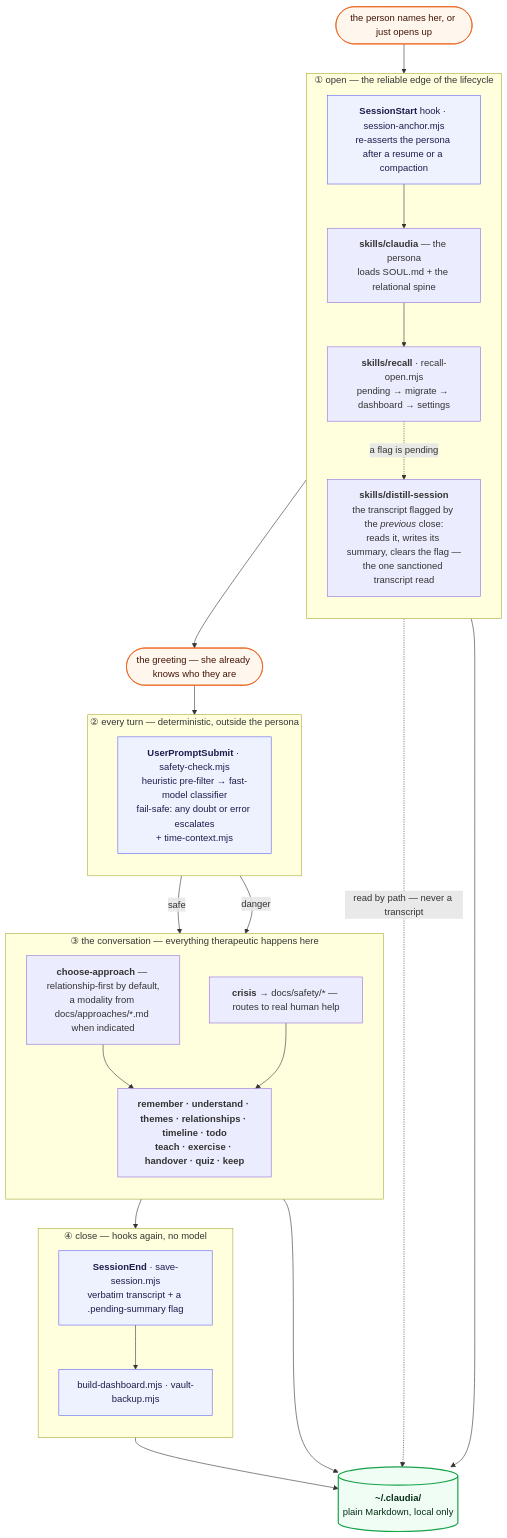
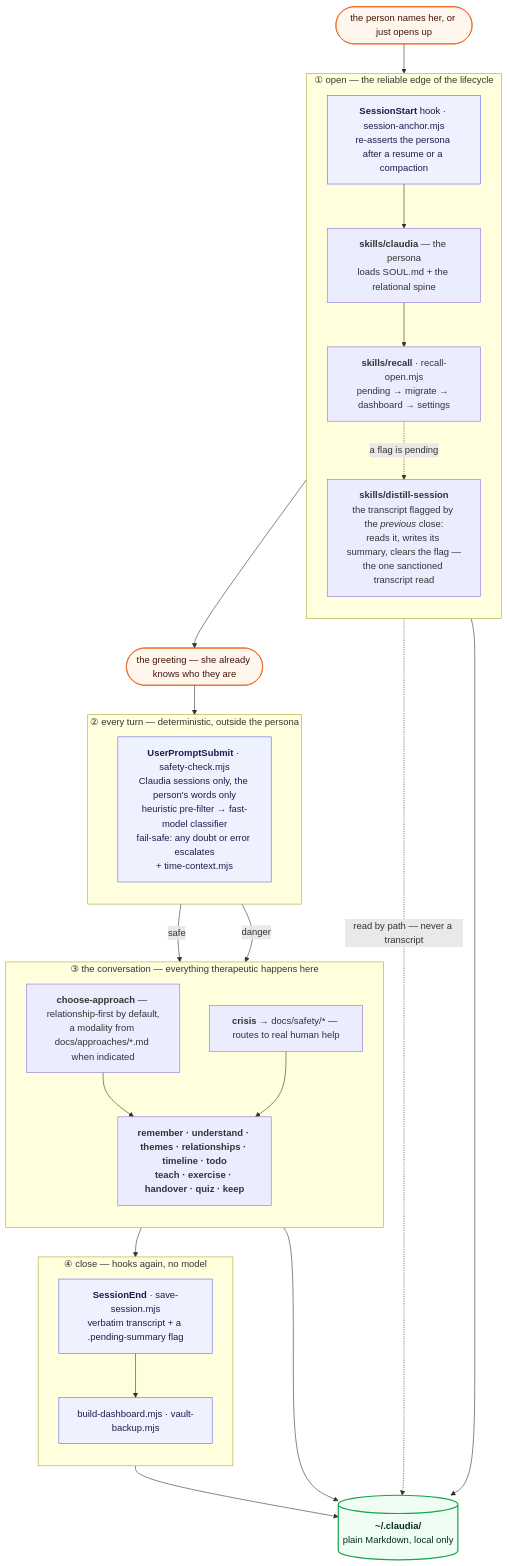
The first of 2 diagrams in docs/ARCHITECTURE.md (abernier/claudia), drawn with Mermaid before and after one commit. The commit also changed other lines of this file and 4 other files, not shown here.

````diff
--- a/docs/ARCHITECTURE.md
+++ b/docs/ARCHITECTURE.md
@@ -13,58 +13,58 @@
 ```mermaid
 flowchart TB
   P(["the person names her, or just opens up"])
 
   subgraph OPEN["① open — the reliable edge of the lifecycle"]
     direction TB
     A["<b>SessionStart</b> hook · session-anchor.mjs<br/>re-asserts the persona after a resume or a compaction"]
     S["<b>skills/claudia</b> — the persona<br/>loads SOUL.md + the relational spine"]
     R["<b>skills/recall</b> · recall-open.mjs<br/>pending → migrate → dashboard → settings"]
     D["<b>skills/distill-session</b><br/>the transcript flagged by the <i>previous</i> close:<br/>reads it, writes its summary, clears the flag —<br/>the one sanctioned transcript read"]
   end
 
   G(["the greeting — she already knows who they are"])
 
   subgraph TURN["② every turn — deterministic, outside the persona"]
     direction TB
-    H["<b>UserPromptSubmit</b> · safety-check.mjs<br/>heuristic pre-filter → fast-model classifier<br/>fail-safe: any doubt or error escalates<br/>+ time-context.mjs"]
+    H["<b>UserPromptSubmit</b> · safety-check.mjs<br/>Claudia sessions only, the person's words only<br/>heuristic pre-filter → fast-model classifier<br/>fail-safe: any doubt or error escalates<br/>+ time-context.mjs"]
   end
 
   subgraph TALK["③ the conversation — everything therapeutic happens here"]
     direction TB
     CA["<b>choose-approach</b> — relationship-first by default,<br/>a modality from docs/approaches/*.md when indicated"]
     CR["<b>crisis</b> → docs/safety/* — routes to real human help"]
     WR["<b>remember · understand · themes · relationships · timeline · todo</b><br/><b>teach · exercise · handover · quiz · keep</b>"]
   end
 
   subgraph CLOSE["④ close — hooks again, no model"]
     direction TB
     SV["<b>SessionEnd</b> · save-session.mjs<br/>verbatim transcript + a .pending-summary flag"]
     BB["build-dashboard.mjs · vault-backup.mjs"]
   end
 
   V[("<b>~/.claudia/</b><br/>plain Markdown, local only")]
 
   P --> A
   A --> S
   S --> R
   R --> G
   G --> H
   H -->|"safe"| CA
   H -->|"danger"| CR
   CA --> WR
   CR --> WR
   WR --> SV
   SV --> BB
   R -.->|"a flag is pending"| D
   R -.->|"read by path — never a transcript"| V
   D --> V
   WR --> V
   BB --> V
 
   classDef code fill:#eef2ff,stroke:#6366f1,color:#1e1b4b
   classDef vault fill:#f0fdf4,stroke:#16a34a,stroke-width:2px,color:#052e16
   classDef human fill:#fff7ed,stroke:#ea580c,color:#431407
   class A,H,SV,BB code
   class V vault
   class P,G human
 ```
````
